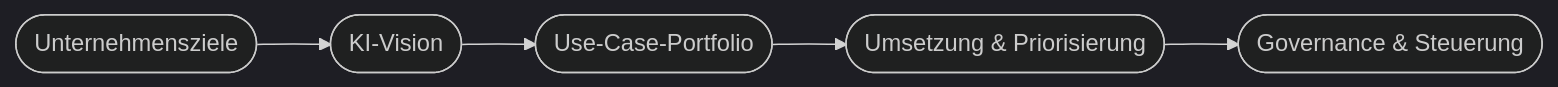
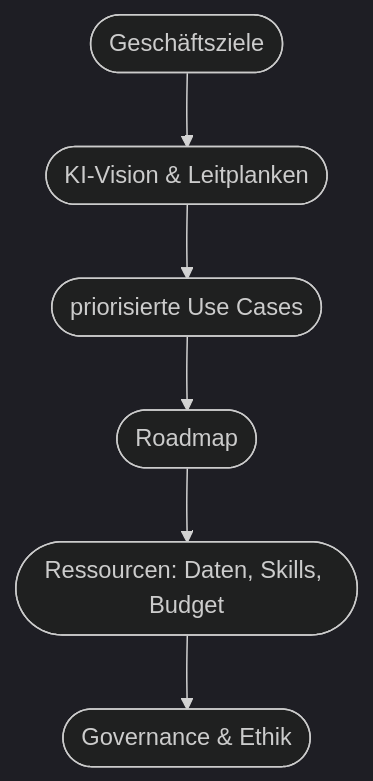
One commit to Qualidy/Prompt-Engineering-KI-in-der-Arbeitswelt changed the first of 2 diagrams in docs/content/kapitel39.md. Above: the diagram before and after it, drawn with Mermaid (dark theme). The commit also changed other lines of this file and 80 other files, not shown here.

````diff
--- a/docs/content/kapitel39.md
+++ b/docs/content/kapitel39.md
@@ -20,7 +28,8 @@
 ```mermaid
-flowchart LR
-    A([Unternehmensziele]) --> B([KI-Vision])
-    B --> C([Use-Case-Portfolio])
-    C --> D([Umsetzung & Priorisierung])
-    D --> E([Governance & Steuerung])
+flowchart TD
+    A([Geschäftsziele]) --> B([KI-Vision & Leitplanken])
+    B --> C([priorisierte Use Cases])
+    C --> D([Roadmap])
+    D --> E([Ressourcen: Daten, Skills, Budget])
+    E --> F([Governance & Ethik])
 ```
````
